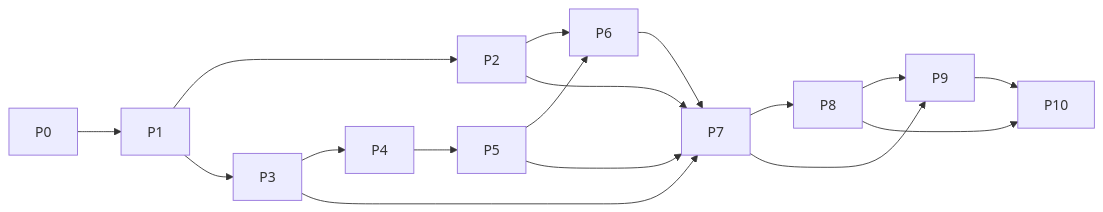
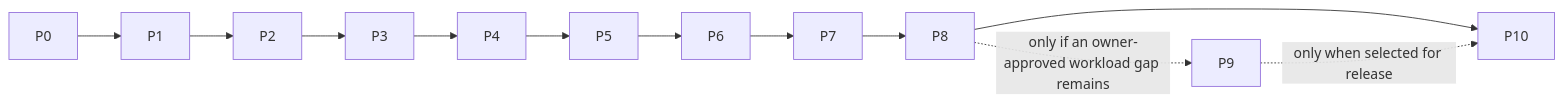
Before and after one commit to soobujmiah/nativeternux: the diagram in docs/ROADMAP.md, drawn with Mermaid. The commit also changed other lines of this file and 359 other files, not shown here.

Commit message:
Unify native and PRoot management roadmap

````diff
--- a/docs/ROADMAP.md
+++ b/docs/ROADMAP.md
@@ -293,13 +312,6 @@
 ```mermaid
 flowchart LR
-  P0 --> P1
-  P1 --> P2 --> P6
-  P1 --> P3 --> P4 --> P5 --> P6
-  P2 --> P7
-  P3 --> P7
-  P5 --> P7
-  P6 --> P7 --> P8
-  P7 --> P9
-  P8 --> P9 --> P10
-  P8 --> P10
+  P0 --> P1 --> P2 --> P3 --> P4 --> P5 --> P6 --> P7 --> P8 --> P10
+  P8 -. only if an owner-approved workload gap remains .-> P9
+  P9 -. only when selected for release .-> P10
 ```
````
